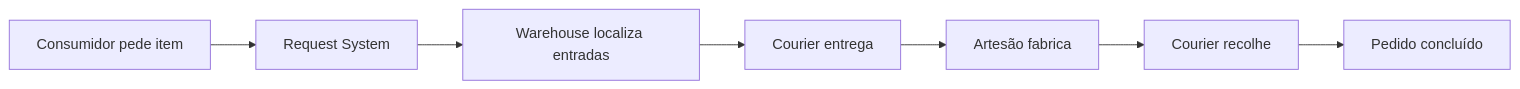
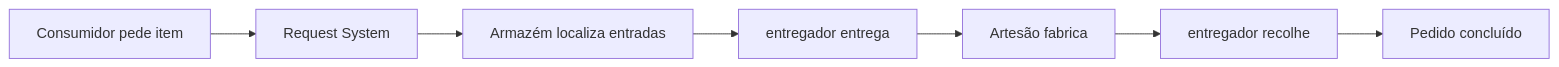
Before and after one commit to addandias/minecolonies-vault: the diagram in content/06 - Recursos e Produção/Automação da colônia.md, drawn with Mermaid. The commit also changed other lines of this file and 127 other files, not shown here.

````diff
--- a/content/06 - Recursos e Produção/Automação da colônia.md
+++ b/content/06 - Recursos e Produção/Automação da colônia.md
@@ -14,9 +14,9 @@
 ```mermaid
 flowchart LR
     A["Consumidor pede item"] --> B["Request System"]
-    B --> C["Warehouse localiza entradas"]
-    C --> D["Courier entrega"]
+    B --> C["Armazém localiza entradas"]
+    C --> D["entregador entrega"]
     D --> E["Artesão fabrica"]
-    E --> F["Courier recolhe"]
+    E --> F["entregador recolhe"]
     F --> G["Pedido concluído"]
 ```
````
